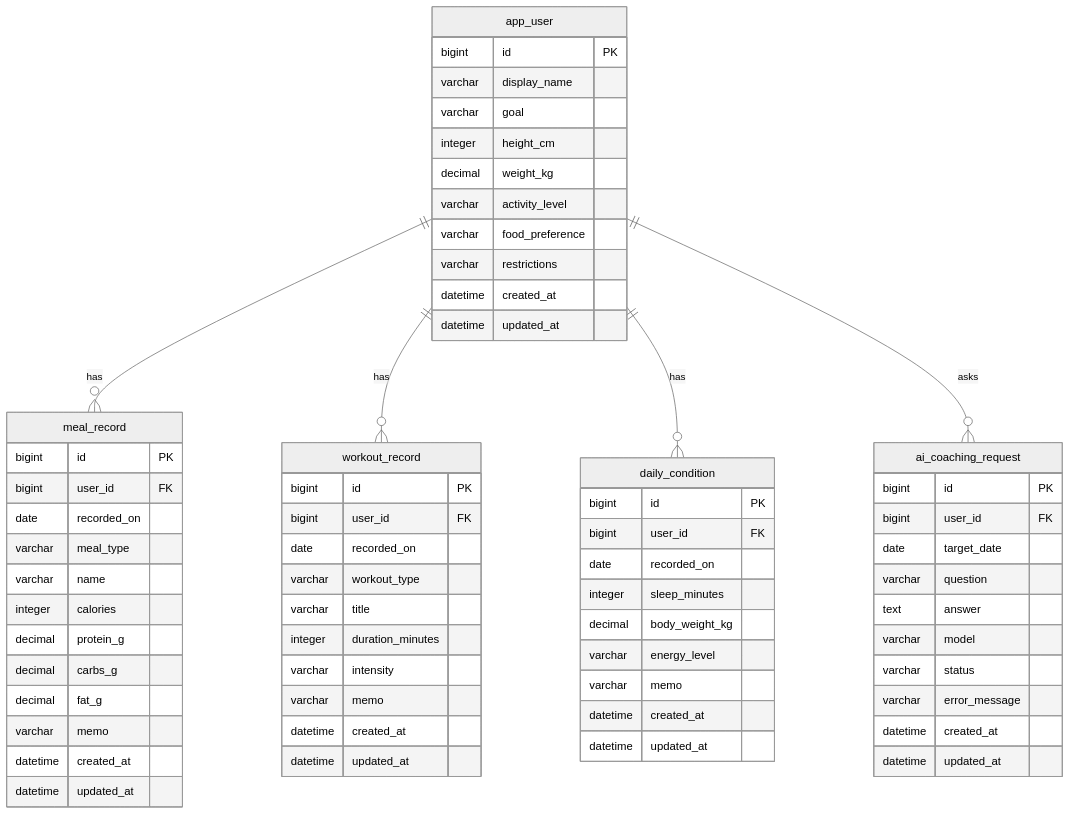
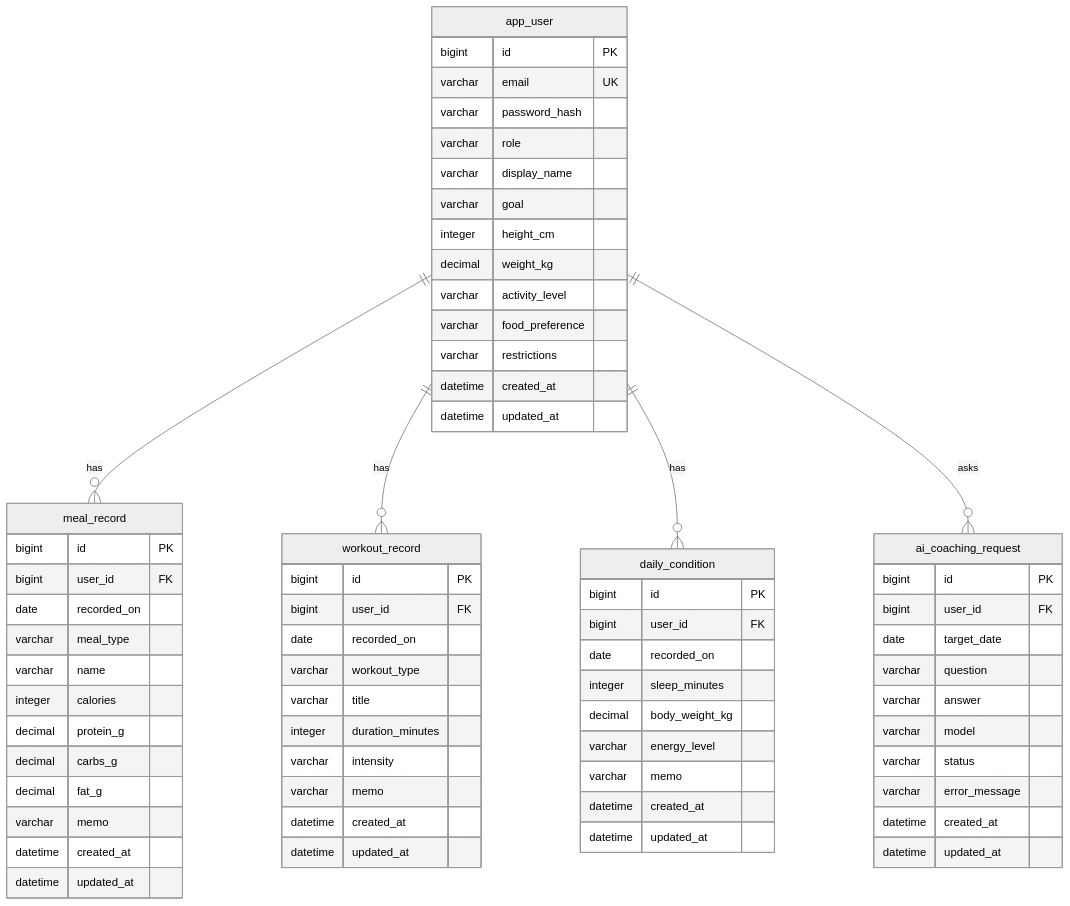
One commit to geunnseung/myPtAi changed the diagram in docs/domain-model.md. Above: the diagram before and after it, drawn with Mermaid (neutral theme). The commit also changed other lines of this file and 1 other file, not shown here.

````diff
--- a/docs/domain-model.md
+++ b/docs/domain-model.md
@@ -15,73 +15,76 @@
 ```mermaid
 erDiagram
     app_user ||--o{ meal_record : has
     app_user ||--o{ workout_record : has
     app_user ||--o{ daily_condition : has
     app_user ||--o{ ai_coaching_request : asks
 
     app_user {
         bigint id PK
+        varchar email UK
+        varchar password_hash
+        varchar role
         varchar display_name
         varchar goal
         integer height_cm
         decimal weight_kg
         varchar activity_level
         varchar food_preference
         varchar restrictions
         datetime created_at
         datetime updated_at
     }
 
     meal_record {
         bigint id PK
         bigint user_id FK
         date recorded_on
         varchar meal_type
         varchar name
         integer calories
         decimal protein_g
         decimal carbs_g
         decimal fat_g
         varchar memo
         datetime created_at
         datetime updated_at
     }
 
     workout_record {
         bigint id PK
         bigint user_id FK
         date recorded_on
         varchar workout_type
         varchar title
         integer duration_minutes
         varchar intensity
         varchar memo
         datetime created_at
         datetime updated_at
     }
 
     daily_condition {
         bigint id PK
         bigint user_id FK
         date recorded_on
         integer sleep_minutes
         decimal body_weight_kg
         varchar energy_level
         varchar memo
         datetime created_at
         datetime updated_at
     }
 
     ai_coaching_request {
         bigint id PK
         bigint user_id FK
         date target_date
         varchar question
-        text answer
+        varchar answer
         varchar model
         varchar status
         varchar error_message
         datetime created_at
         datetime updated_at
     }
 ```
````
